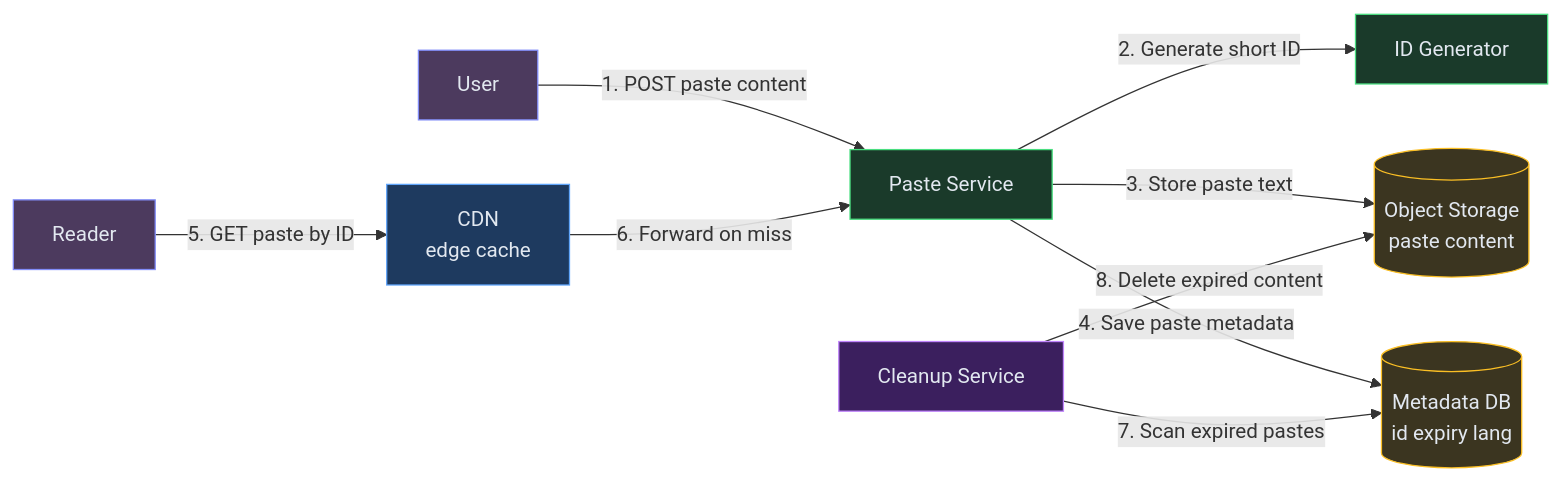
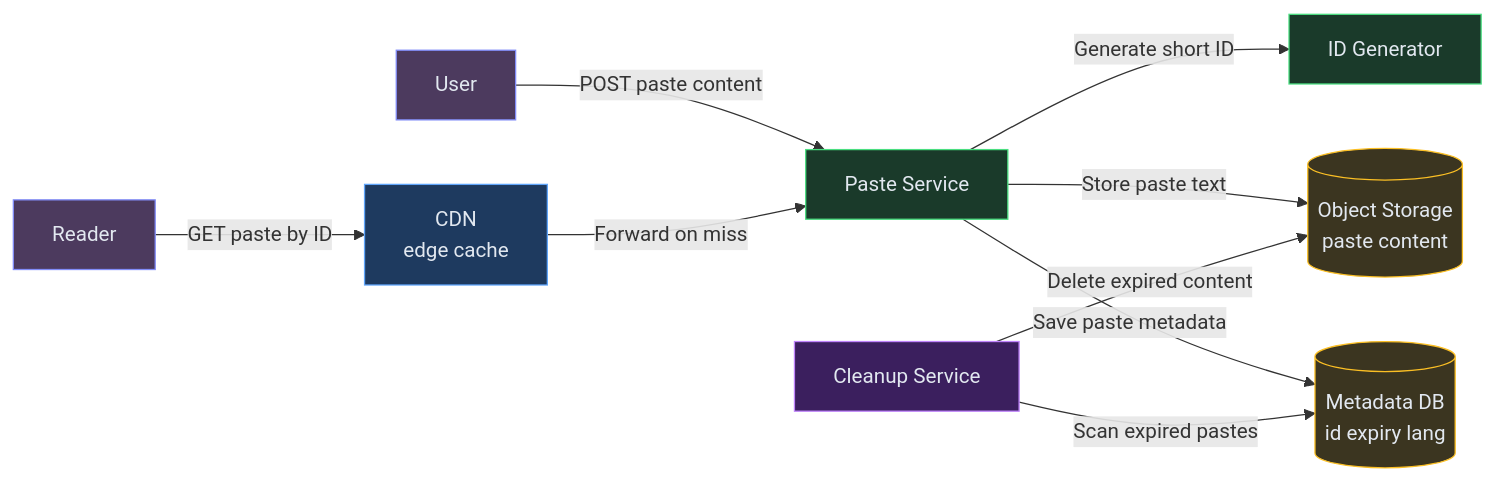
Before and after one commit to iluzn/HLD-Designs: the seventh of 7 diagrams in content/hld/Pastebin.md, drawn with Mermaid. The commit also changed 26 other files, not shown here.

First line of the commit message:
fix(hld): Remove confusing number prefixes from final architecture diagrams

````diff
--- a/content/hld/Pastebin.md
+++ b/content/hld/Pastebin.md
@@ -398,26 +398,26 @@
 ```mermaid
 flowchart LR
     USER["User"]:::client
     CDN["CDN<br/>edge cache"]:::edge
     API["Paste Service"]:::service
     ID["ID Generator"]:::service
     S3[("Object Storage<br/>paste content")]:::data
     META[("Metadata DB<br/>id expiry lang")]:::data
     CLEANUP["Cleanup Service"]:::async
     READER["Reader"]:::client
 
-    USER -->|"1. POST paste content"| API
-    API -->|"2. Generate short ID"| ID
-    API -->|"3. Store paste text"| S3
-    API -->|"4. Save paste metadata"| META
-    READER -->|"5. GET paste by ID"| CDN
-    CDN -->|"6. Forward on miss"| API
-    CLEANUP -->|"7. Scan expired pastes"| META
-    CLEANUP -->|"8. Delete expired content"| S3
+    USER -->|"POST paste content"| API
+    API -->|"Generate short ID"| ID
+    API -->|"Store paste text"| S3
+    API -->|"Save paste metadata"| META
+    READER -->|"GET paste by ID"| CDN
+    CDN -->|"Forward on miss"| API
+    CLEANUP -->|"Scan expired pastes"| META
+    CLEANUP -->|"Delete expired content"| S3
 
     classDef client fill:#4c3a5e,stroke:#818cf8,color:#e2e8f0
     classDef edge fill:#1e3a5f,stroke:#60a5fa,color:#e2e8f0
     classDef service fill:#1a3a2a,stroke:#4ade80,color:#e2e8f0
     classDef async fill:#3b1f5e,stroke:#c084fc,color:#e2e8f0
     classDef data fill:#3b3520,stroke:#fbbf24,color:#e2e8f0
 ```
````
